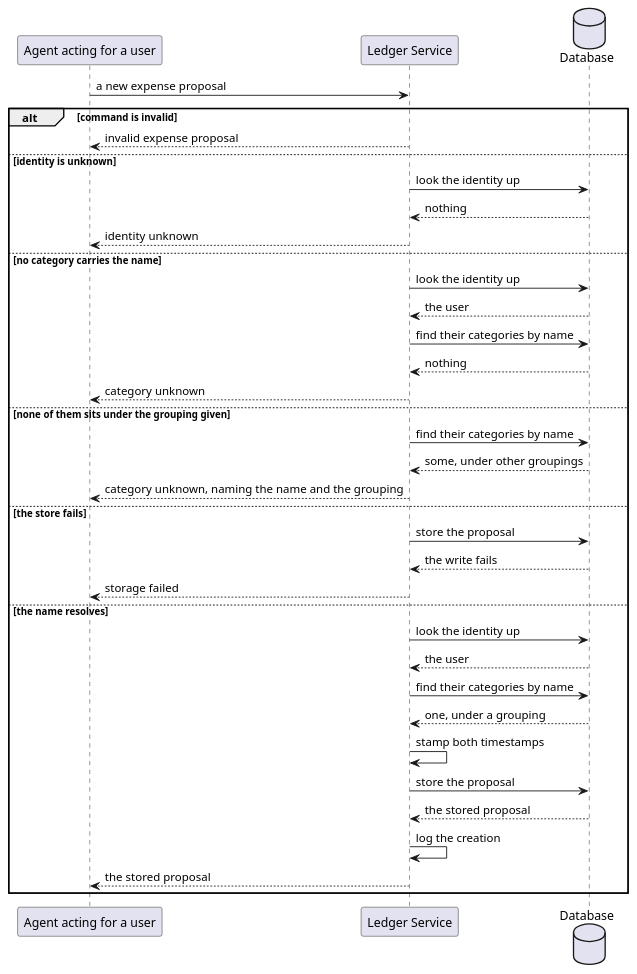
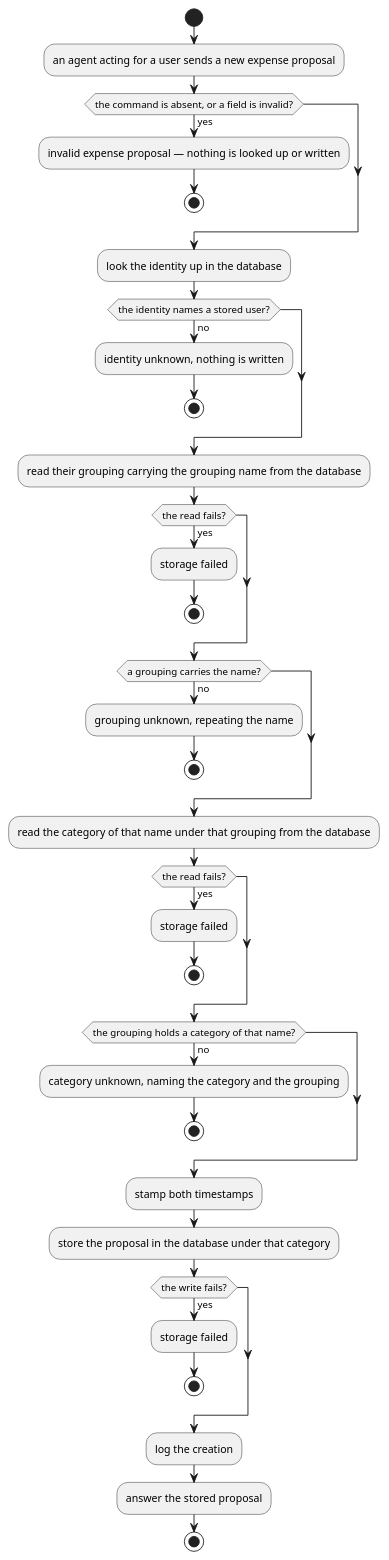
Before and after one commit to ds-usova/finance-bot: the second of 2 diagrams in ledger-service/docs/usecases/create-an-expense-proposal.md, drawn with PlantUML. The commit also changed other lines of this file and 98 other files, not shown here.

First line of the commit message:
Refactoring: new domain classes Grouping and Category (#4)

````diff
--- a/ledger-service/docs/usecases/create-an-expense-proposal.md
+++ b/ledger-service/docs/usecases/create-an-expense-proposal.md
@@ -110,41 +117,42 @@
 ```plantuml
-@startuml CreateExpenseProposal-Sequence
-participant "Agent acting for a user" as Agent
-participant "Ledger Service" as LS
-database "Database" as DB
-
-Agent -> LS : a new expense proposal
-
-alt command is invalid
-  LS --> Agent : invalid expense proposal
-else identity is unknown
-  LS -> DB : look the identity up
-  DB --> LS : nothing
-  LS --> Agent : identity unknown
-else no category carries the name
-  LS -> DB : look the identity up
-  DB --> LS : the user
-  LS -> DB : find their categories by name
-  DB --> LS : nothing
-  LS --> Agent : category unknown
-else none of them sits under the grouping given
-  LS -> DB : find their categories by name
-  DB --> LS : some, under other groupings
-  LS --> Agent : category unknown, naming the name and the grouping
-else the store fails
-  LS -> DB : store the proposal
-  DB --> LS : the write fails
-  LS --> Agent : storage failed
-else the name resolves
-  LS -> DB : look the identity up
-  DB --> LS : the user
-  LS -> DB : find their categories by name
-  DB --> LS : one, under a grouping
-  LS -> LS : stamp both timestamps
-  LS -> DB : store the proposal
-  DB --> LS : the stored proposal
-  LS -> LS : log the creation
-  LS --> Agent : the stored proposal
-end
+@startuml CreateExpenseProposal-Activity
+start
+:an agent acting for a user sends a new expense proposal;
+if (the command is absent, or a field is invalid?) then (yes)
+  :invalid expense proposal — nothing is looked up or written;
+  stop
+endif
+:look the identity up in the database;
+if (the identity names a stored user?) then (no)
+  :identity unknown, nothing is written;
+  stop
+endif
+:read their grouping carrying the grouping name from the database;
+if (the read fails?) then (yes)
+  :storage failed;
+  stop
+endif
+if (a grouping carries the name?) then (no)
+  :grouping unknown, repeating the name;
+  stop
+endif
+:read the category of that name under that grouping from the database;
+if (the read fails?) then (yes)
+  :storage failed;
+  stop
+endif
+if (the grouping holds a category of that name?) then (no)
+  :category unknown, naming the category and the grouping;
+  stop
+endif
+:stamp both timestamps;
+:store the proposal in the database under that category;
+if (the write fails?) then (yes)
+  :storage failed;
+  stop
+endif
+:log the creation;
+:answer the stored proposal;
+stop
 @enduml
 ```
````
